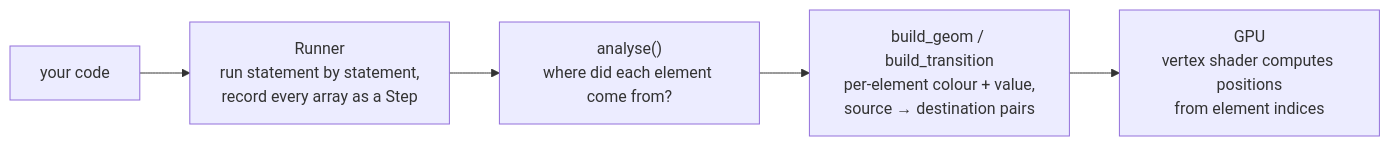
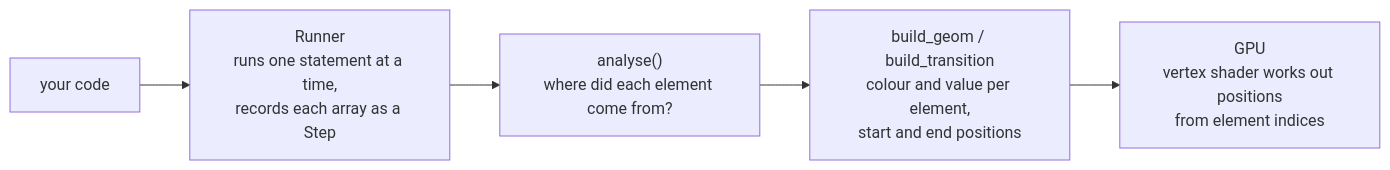
One commit to shrike99/numpy-visualizer changed the diagram in README.md. Above: the diagram before and after it, drawn with Mermaid. The commit also changed other lines of this file and 1 other file, not shown here.

````diff
--- a/README.md
+++ b/README.md
@@ -197,7 +206,7 @@
 ```mermaid
 flowchart LR
-    A[your code] --> B["Runner<br/>run statement by statement,<br/>record every array as a Step"]
+    A[your code] --> B["Runner<br/>runs one statement at a time,<br/>records each array as a Step"]
     B --> C["analyse()<br/>where did each element come from?"]
-    C --> D["build_geom / build_transition<br/>per-element colour + value,<br/>source → destination pairs"]
-    D --> E["GPU<br/>vertex shader computes positions<br/>from element indices"]
+    C --> D["build_geom / build_transition<br/>colour and value per element,<br/>start and end positions"]
+    D --> E["GPU<br/>vertex shader works out positions<br/>from element indices"]
 ```
````
